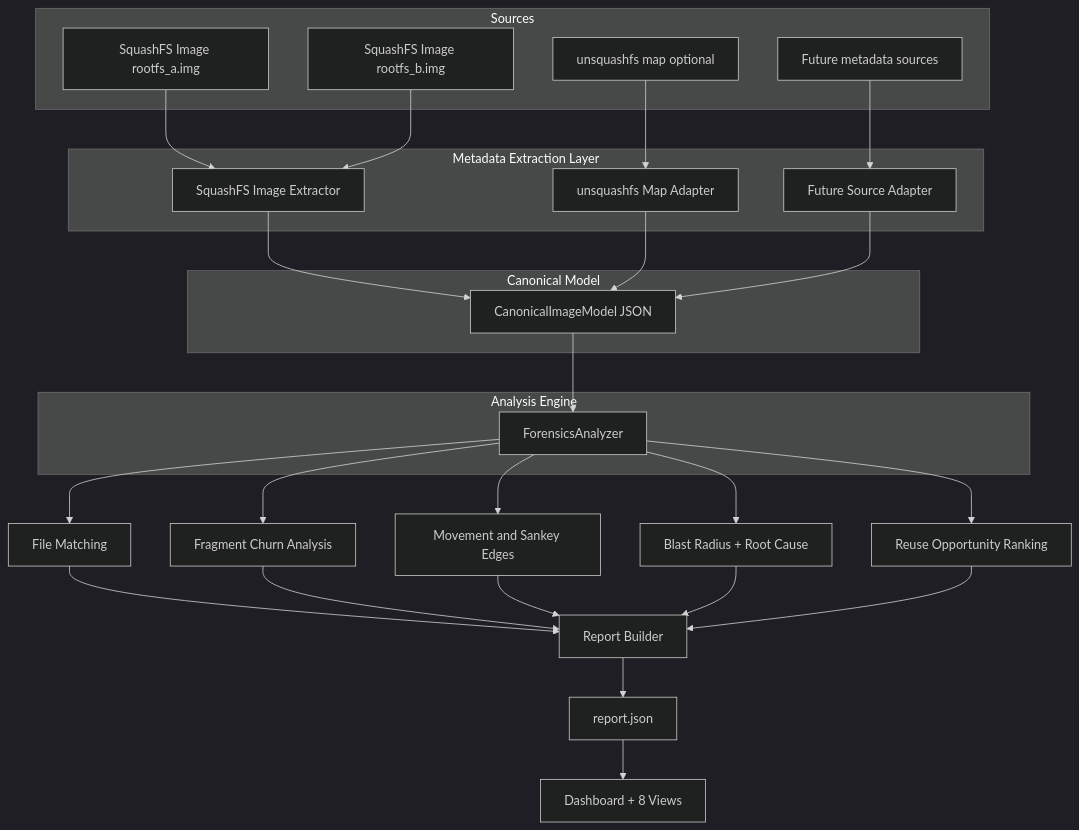
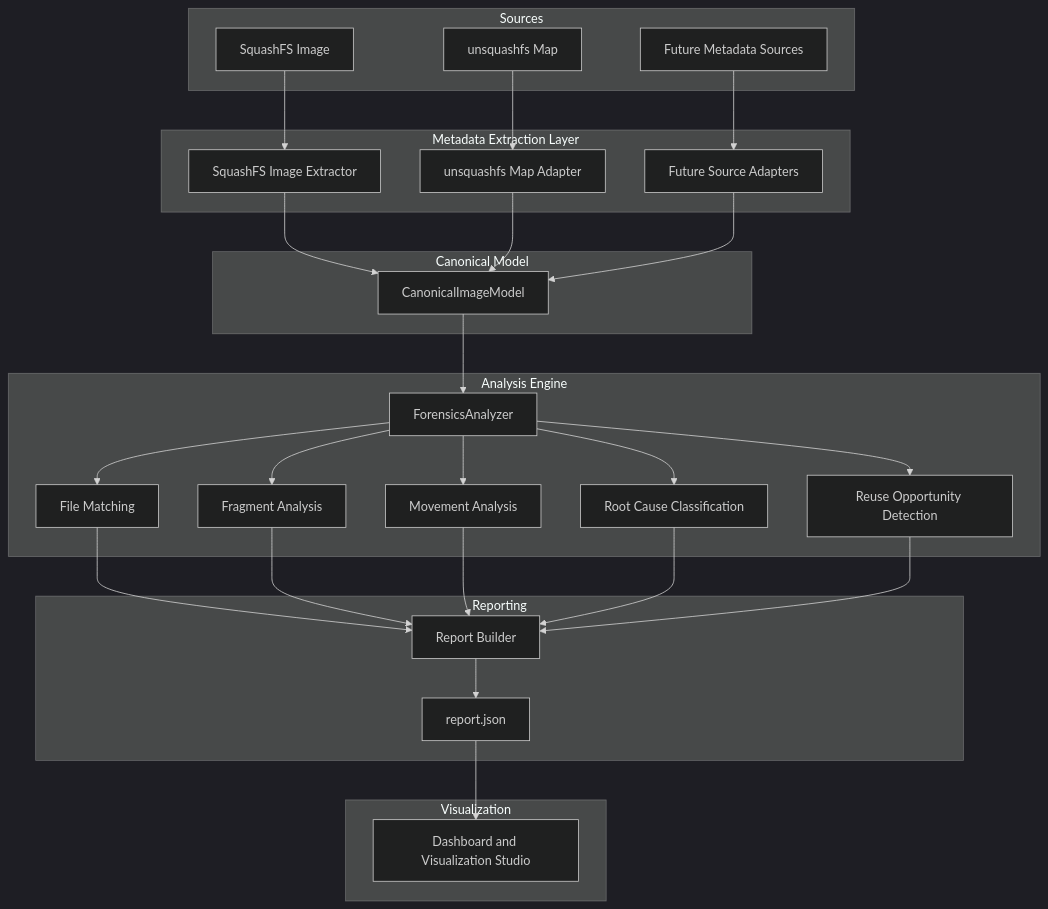
Before and after one commit to rutwik-nayak/squashfs-delta-forensics-studio: the diagram in docs/ARCHITECTURE.md, drawn with Mermaid (dark theme). The commit also changed other lines of this file and 11 other files, not shown here.

First line of the commit message:
docs: reorganize architecture and project documentation

````diff
--- a/docs/ARCHITECTURE.md
+++ b/docs/ARCHITECTURE.md
@@ -13,44 +41,61 @@
 ```mermaid
 flowchart TD
     subgraph Sources
-        A[SquashFS Image rootfs_a.img]
-        B[SquashFS Image rootfs_b.img]
-        C[unsquashfs map optional]
-        D[Future metadata sources]
+        A[SquashFS Image]
+        B[unsquashfs Map]
+        C[Future Metadata Sources]
     end
 
     subgraph Metadata Extraction Layer
-        E[SquashFS Image Extractor]
-        F[unsquashfs Map Adapter]
-        G[Future Source Adapter]
+        D[SquashFS Image Extractor]
+        E[unsquashfs Map Adapter]
+        F[Future Source Adapters]
     end
 
     subgraph Canonical Model
-        H[CanonicalImageModel JSON]
+        G[CanonicalImageModel]
     end
 
     subgraph Analysis Engine
-        I[ForensicsAnalyzer]
+        H[ForensicsAnalyzer]
+        I[File Matching]
+        J[Fragment Analysis]
+        K[Movement Analysis]
+        L[Root Cause Classification]
+        M[Reuse Opportunity Detection]
     end
 
-    A --> E
+    subgraph Reporting
+        N[Report Builder]
+        O[report.json]
+    end
+
+    subgraph Visualization
+        P[Dashboard and Visualization Studio]
+    end
+
+    A --> D
     B --> E
     C --> F
+
     D --> G
-    E --> H
-    F --> H
+    E --> G
+    F --> G
+
     G --> H
+
     H --> I
-    I --> J[File Matching]
-    I --> K[Fragment Churn Analysis]
-    I --> L[Movement and Sankey Edges]
-    I --> M[Blast Radius + Root Cause]
-    I --> N[Reuse Opportunity Ranking]
-    J --> O[Report Builder]
-    K --> O
-    L --> O
-    M --> O
+    H --> J
+    H --> K
+    H --> L
+    H --> M
+
+    I --> N
+    J --> N
+    K --> N
+    L --> N
+    M --> N
+
     N --> O
-    O --> P[report.json]
-    P --> Q[Dashboard + 8 Views]
+    O --> P
 ```
````
